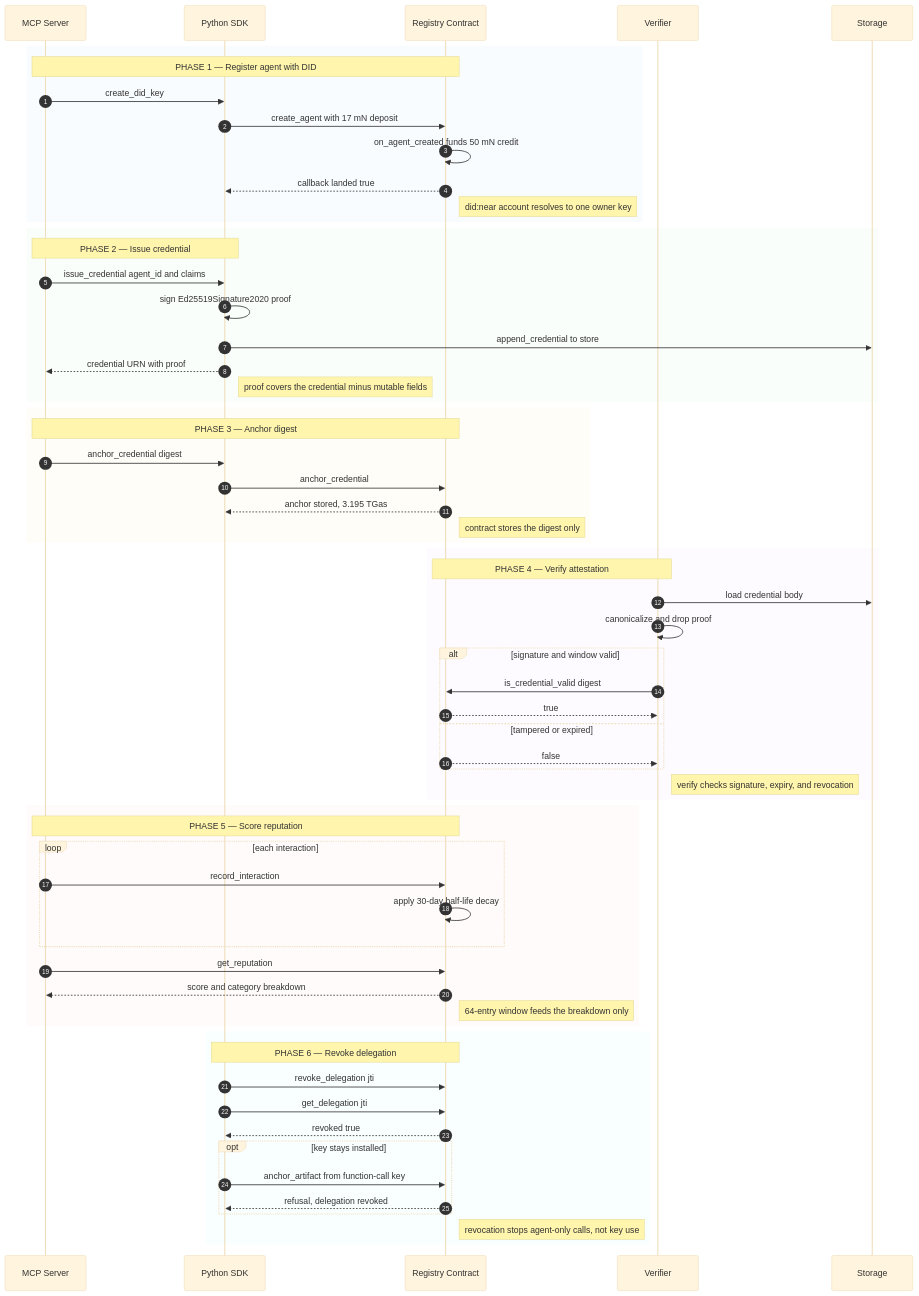
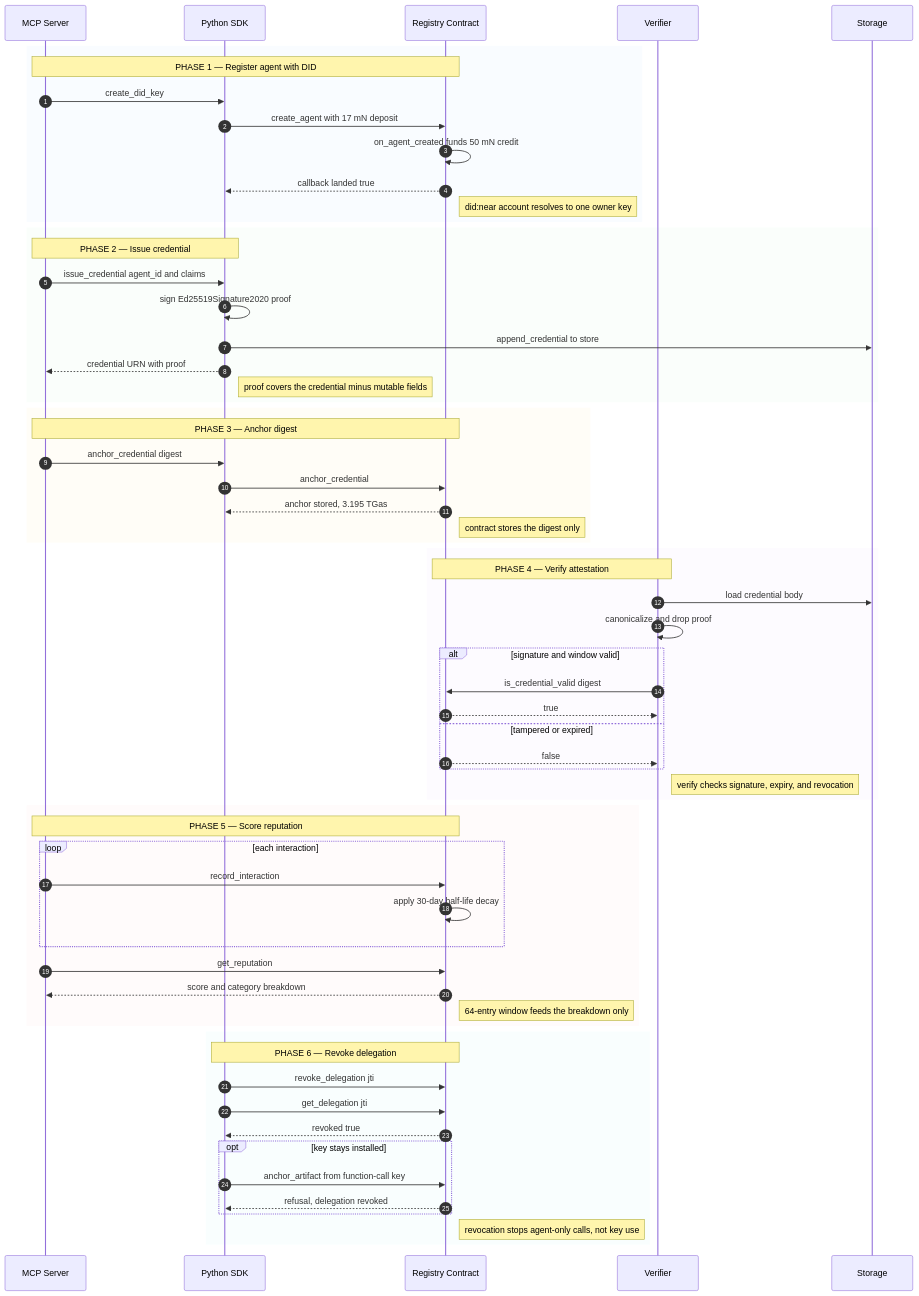
Before and after one commit to patrickfield152-del/agent-identity-registry: the diagram in README.md, drawn with Mermaid.

Commit message:
docs(skjold): let diagram follow the reader theme

````diff
--- a/README.md
+++ b/README.md
@@ -6,68 +6,67 @@
 ```mermaid
-%%{init: {"theme":"base","themeVariables":{"fontSize":"14px"}}}%%
 sequenceDiagram
     accTitle: skjold runtime flow
     accDescr: Six phases from agent registration through credential issue, anchor, verification, reputation scoring, and delegation revocation.
     autonumber
     participant M as MCP Server
     participant S as Python SDK
     participant C as Registry Contract
     participant V as Verifier
     participant T as Storage
     rect rgba(226,238,255,0.20)
     Note over M,C: PHASE 1 — Register agent with DID
     M->>S: create_did_key
     S->>C: create_agent with 17 mN deposit
     C->>C: on_agent_created funds 50 mN credit
     C-->>S: callback landed true
     Note right of C: did:near account resolves to one owner key
     end
     rect rgba(230,247,235,0.20)
     Note over M,S: PHASE 2 — Issue credential
     M->>S: issue_credential agent_id and claims
     S->>S: sign Ed25519Signature2020 proof
     S->>T: append_credential to store
     S-->>M: credential URN with proof
     Note right of S: proof covers the credential minus mutable fields
     end
     rect rgba(255,244,214,0.20)
     Note over M,C: PHASE 3 — Anchor digest
     M->>S: anchor_credential digest
     S->>C: anchor_credential
     C-->>S: anchor stored, 3.195 TGas
     Note right of C: contract stores the digest only
     end
     rect rgba(243,232,255,0.20)
     Note over V,C: PHASE 4 — Verify attestation
     V->>T: load credential body
     V->>V: canonicalize and drop proof
     alt signature and window valid
         V->>C: is_credential_valid digest
         C-->>V: true
     else tampered or expired
         C-->>V: false
     end
     Note right of V: verify checks signature, expiry, and revocation
     end
     rect rgba(255,232,232,0.20)
     Note over M,C: PHASE 5 — Score reputation
     loop each interaction
         M->>C: record_interaction
         C->>C: apply 30-day half-life decay
     end
     M->>C: get_reputation
     C-->>M: score and category breakdown
     Note right of C: 64-entry window feeds the breakdown only
     end
     rect rgba(224,247,250,0.20)
     Note over S,C: PHASE 6 — Revoke delegation
     S->>C: revoke_delegation jti
     S->>C: get_delegation jti
     C-->>S: revoked true
     opt key stays installed
         S->>C: anchor_artifact from function-call key
         C-->>S: refusal, delegation revoked
     end
     Note right of C: revocation stops agent-only calls, not key use
     end
 ```
````
